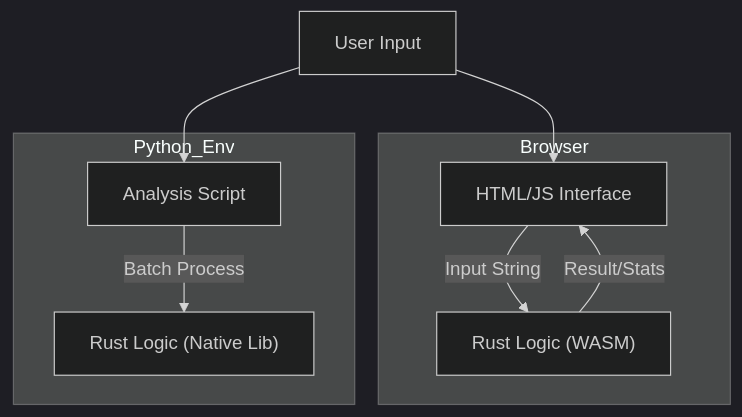
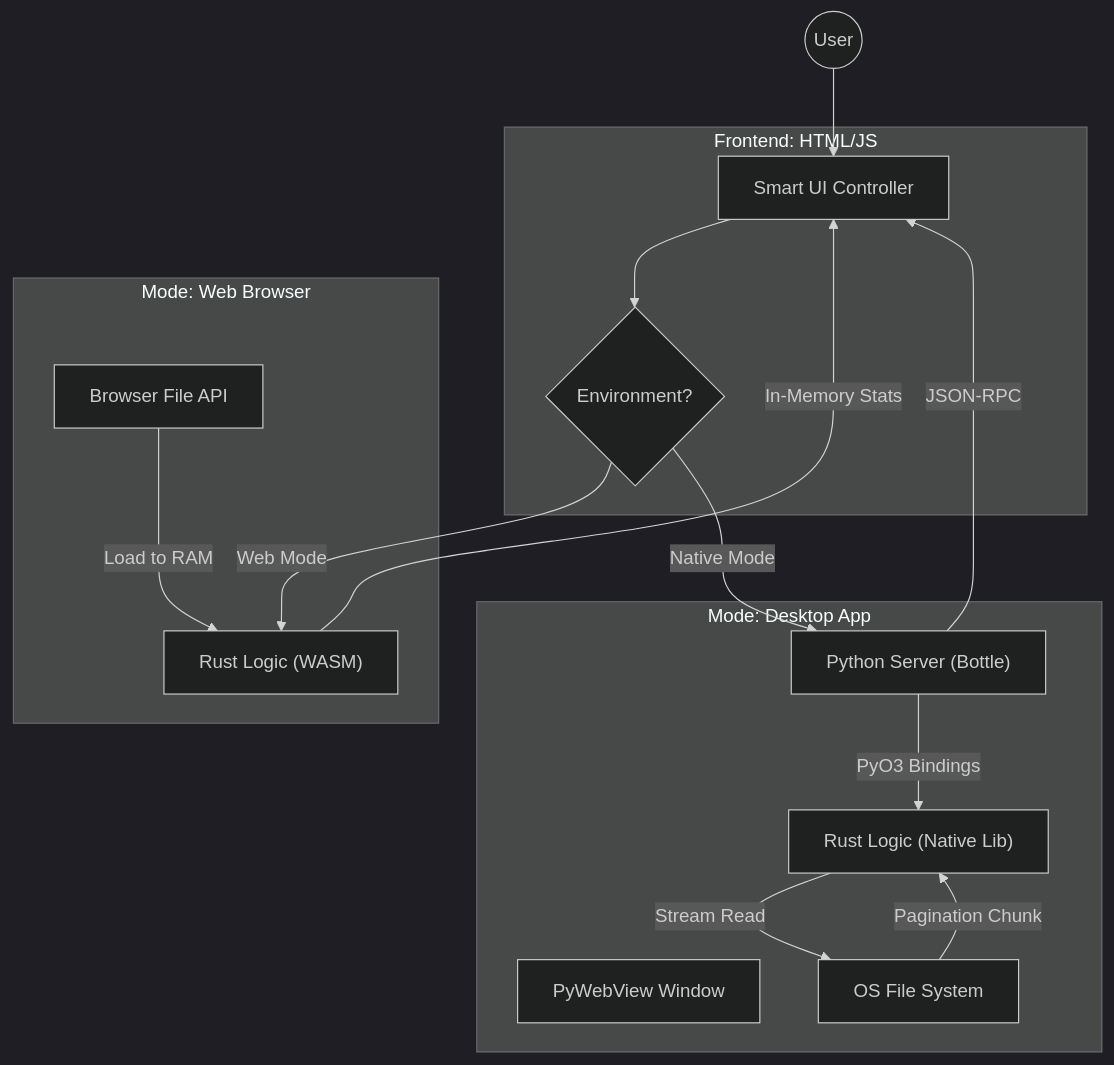
Before and after one commit to Funmatu/rusty-pad: the diagram in README.md, drawn with Mermaid (dark theme). The commit also changed other lines of this file, not shown here.

````diff
--- a/README.md
+++ b/README.md
@@ -18,21 +40,37 @@
 ```mermaid
 graph TD
-    User[User Input]
+    User((User))
     
-    subgraph Browser
-        UI[HTML/JS Interface]
+    subgraph UI_Layer [Frontend: HTML/JS]
+        DOM[Smart UI Controller]
+        ModeCheck{Environment?}
+    end
+
+    subgraph Web_Runtime [Mode: Web Browser]
         WASM["Rust Logic (WASM)"]
-        UI -->|Input String| WASM
-        WASM -->|Result/Stats| UI
+        BrowserIO[Browser File API]
     end
-    
-    subgraph Python_Env
-        Script[Analysis Script]
-        Native["Rust Logic (Native Lib)"]
-        Script -->|Batch Process| Native
+
+    subgraph Native_Runtime [Mode: Desktop App]
+        Bottle["Python Server (Bottle)"]
+        PyWeb[PyWebView Window]
+        RustLib["Rust Logic (Native Lib)"]
+        DiskIO[OS File System]
     end
-    
-    User --> UI
-    User --> Script
+
+    User --> DOM
+    DOM --> ModeCheck
+
+    %% Web Path
+    ModeCheck -->|Web Mode| WASM
+    WASM -->|In-Memory Stats| DOM
+    BrowserIO -->|Load to RAM| WASM
+
+    %% Native Path
+    ModeCheck -->|Native Mode| Bottle
+    Bottle -->|JSON-RPC| DOM
+    Bottle -->|PyO3 Bindings| RustLib
+    RustLib -->|Stream Read| DiskIO
+    DiskIO -->|Pagination Chunk| RustLib
 
 ```
````
